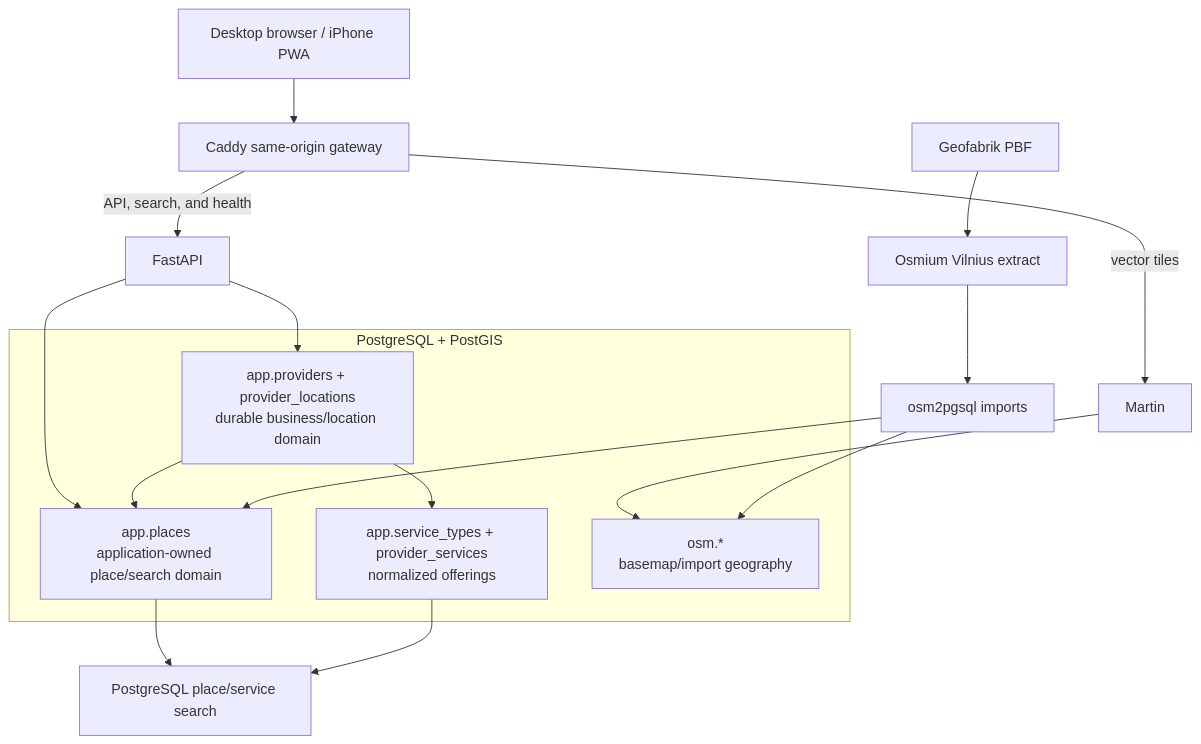
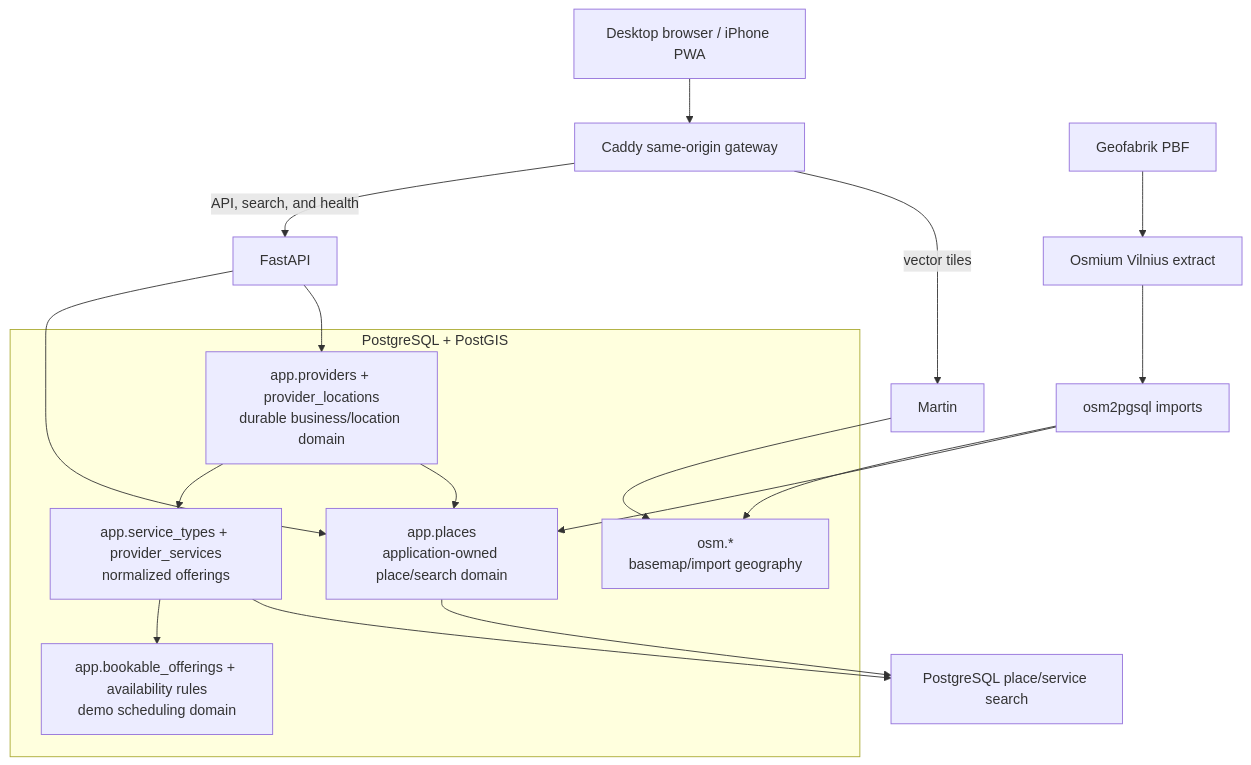
The diagram in README.md (Umar3331/Map), drawn with Mermaid before and after one commit. The commit also changed other lines of this file and 29 other files, not shown here.

````diff
--- a/README.md
+++ b/README.md
@@ -38,26 +41,28 @@
 ```mermaid
 flowchart TB
     U["Desktop browser / iPhone PWA"] --> C["Caddy same-origin gateway"]
     C -->|"API, search, and health"| A["FastAPI"]
     C -->|"vector tiles"| M["Martin"]
 
     subgraph DB["PostgreSQL + PostGIS"]
         APP["app.places<br/>application-owned place/search domain"]
         PROVIDERS["app.providers + provider_locations<br/>durable business/location domain"]
         SERVICES["app.service_types + provider_services<br/>normalized offerings"]
+        AVAILABILITY["app.bookable_offerings + availability rules<br/>demo scheduling domain"]
         OSM["osm.*<br/>basemap/import geography"]
     end
 
     A --> APP
     A --> PROVIDERS
     PROVIDERS --> SERVICES
+    SERVICES --> AVAILABILITY
     PROVIDERS --> APP
     M --> OSM
     APP --> S["PostgreSQL place/service search"]
     SERVICES --> S
 
     PBF["Geofabrik PBF"] --> O["Osmium Vilnius extract"]
     O --> IMP["osm2pgsql imports"]
     IMP --> OSM
     IMP --> APP
 ```
````
